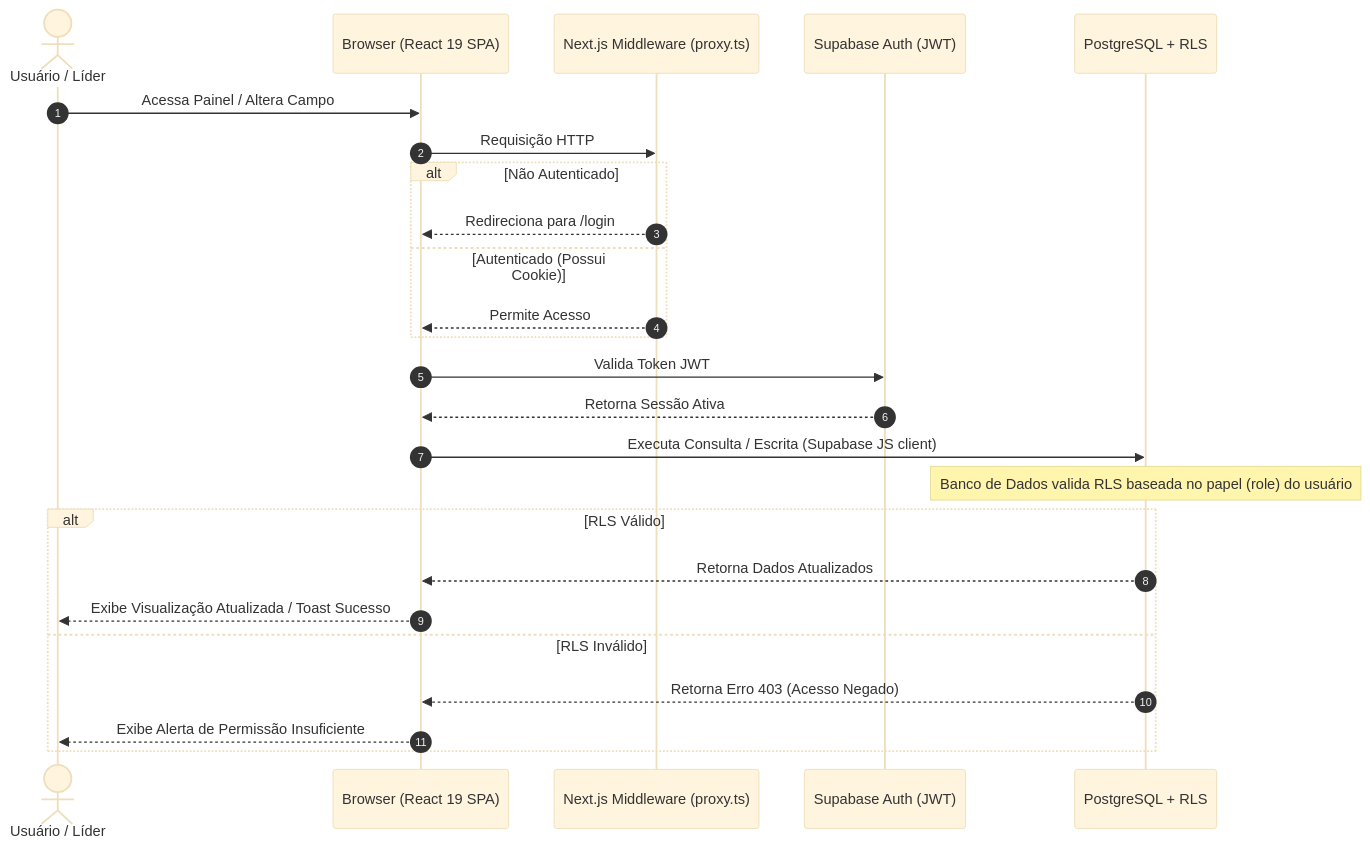
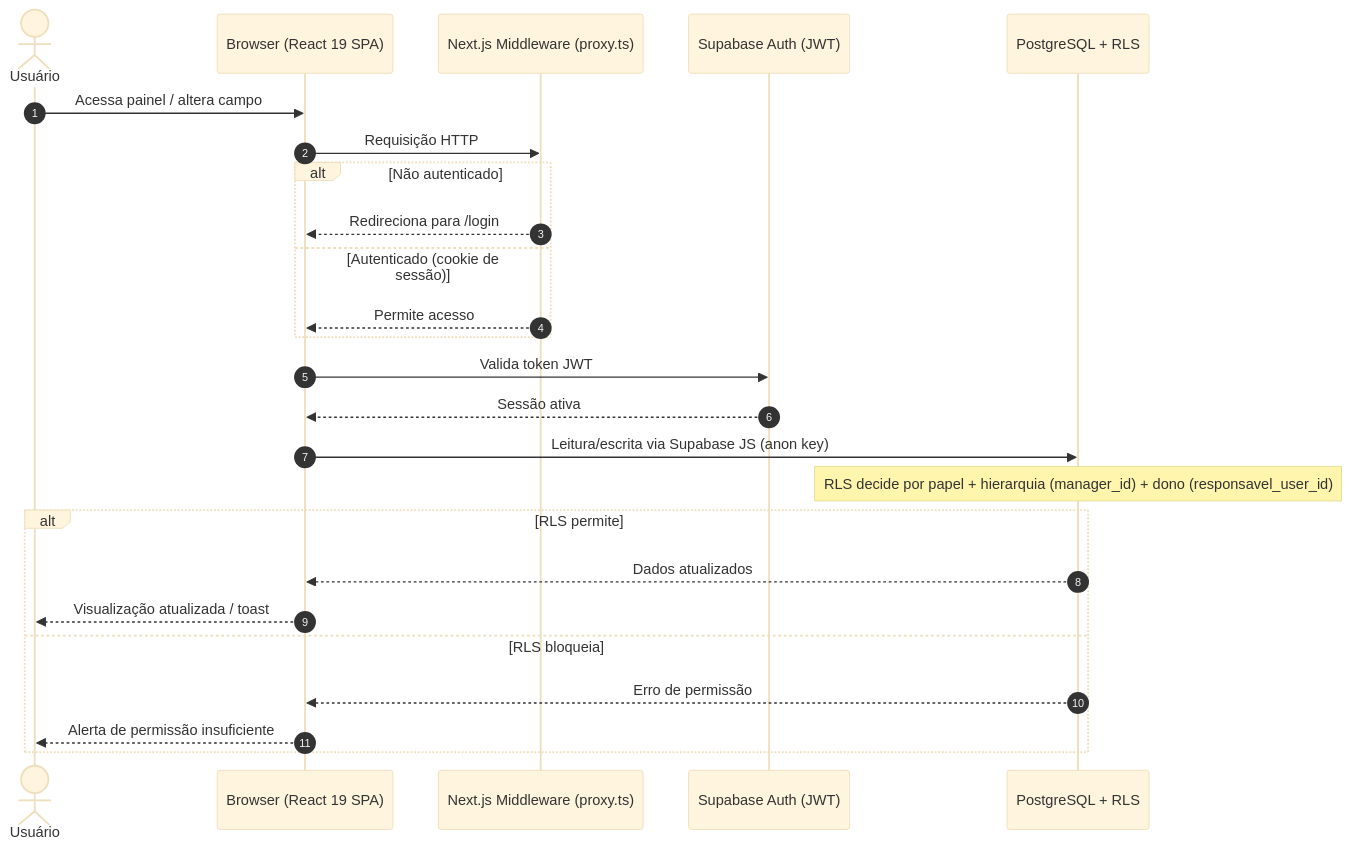
The second of 2 diagrams in docs/architecture.md (srssamuel/Report-Executivo-Qualidade), drawn with Mermaid (base theme) before and after one commit. The commit also changed other lines of this file and 2 other files, not shown here.

First line of the commit message:
docs: api.md e architecture.md no estado real + registro da operação InstAI

````diff
--- a/docs/architecture.md
+++ b/docs/architecture.md
@@ -56,28 +61,28 @@
 ```mermaid
 sequenceDiagram
     autonumber
-    actor Lider as Usuário / Líder
+    actor Usuario as Usuário
     participant UI as Browser (React 19 SPA)
     participant Proxy as Next.js Middleware (proxy.ts)
     participant Auth as Supabase Auth (JWT)
     participant DB as PostgreSQL + RLS
 
-    Lider->>UI: Acessa Painel / Altera Campo
+    Usuario->>UI: Acessa painel / altera campo
     UI->>Proxy: Requisição HTTP
-    alt Não Autenticado
+    alt Não autenticado
         Proxy-->>UI: Redireciona para /login
-    else Autenticado (Possui Cookie)
-        Proxy-->>UI: Permite Acesso
+    else Autenticado (cookie de sessão)
+        Proxy-->>UI: Permite acesso
     end
-    UI->>Auth: Valida Token JWT
-    Auth-->>UI: Retorna Sessão Ativa
-    UI->>DB: Executa Consulta / Escrita (Supabase JS client)
-    Note over DB: Banco de Dados valida RLS baseada no papel (role) do usuário
-    alt RLS Válido
-        DB-->>UI: Retorna Dados Atualizados
-        UI-->>Lider: Exibe Visualização Atualizada / Toast Sucesso
-    else RLS Inválido
-        DB-->>UI: Retorna Erro 403 (Acesso Negado)
-        UI-->>Lider: Exibe Alerta de Permissão Insuficiente
+    UI->>Auth: Valida token JWT
+    Auth-->>UI: Sessão ativa
+    UI->>DB: Leitura/escrita via Supabase JS (anon key)
+    Note over DB: RLS decide por papel + hierarquia (manager_id) + dono (responsavel_user_id)
+    alt RLS permite
+        DB-->>UI: Dados atualizados
+        UI-->>Usuario: Visualização atualizada / toast
+    else RLS bloqueia
+        DB-->>UI: Erro de permissão
+        UI-->>Usuario: Alerta de permissão insuficiente
     end
 ```
````
